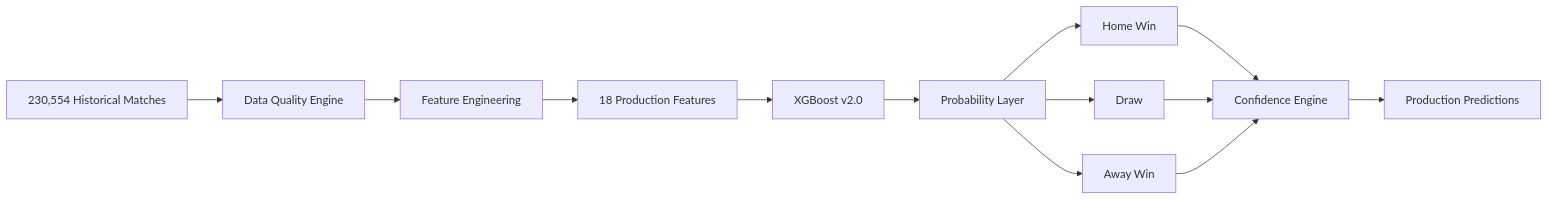
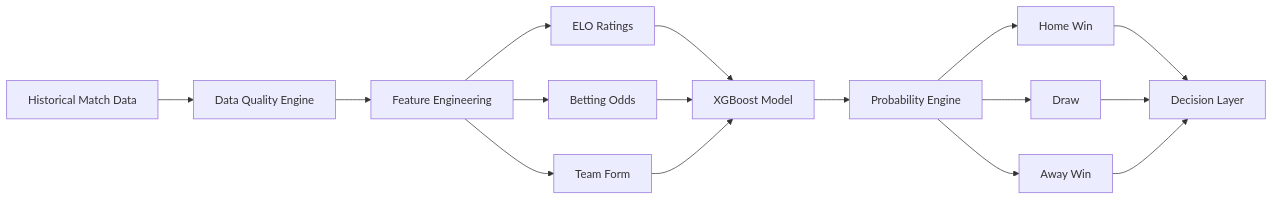
The first of 11 diagrams in Match_Prediction_Intelligence.md (sai-ganesh-4539/StatVault), drawn with Mermaid before and after one commit. The commit also changed other lines of this file, not shown here.

````diff
--- a/Match_Prediction_Intelligence.md
+++ b/Match_Prediction_Intelligence.md
@@ -38,25 +51,29 @@
 ```mermaid
 flowchart LR
 
-A[230,554 Historical Matches]
+A[Historical Match Data]
 
 A --> B[Data Quality Engine]
 
 B --> C[Feature Engineering]
 
-C --> D[18 Production Features]
+C --> D[ELO Ratings]
 
-D --> E[XGBoost v2.0]
+C --> E[Betting Odds]
 
-E --> F[Probability Layer]
+C --> F[Team Form]
 
-F --> G[Home Win]
-F --> H[Draw]
-F --> I[Away Win]
+D --> G[XGBoost Model]
+E --> G
+F --> G
 
-G --> J[Confidence Engine]
-H --> J
-I --> J
+G --> H[Probability Engine]
 
-J --> K[Production Predictions]
+H --> I[Home Win]
+H --> J[Draw]
+H --> K[Away Win]
+
+I --> L[Decision Layer]
+J --> L
+K --> L
 ```
````
